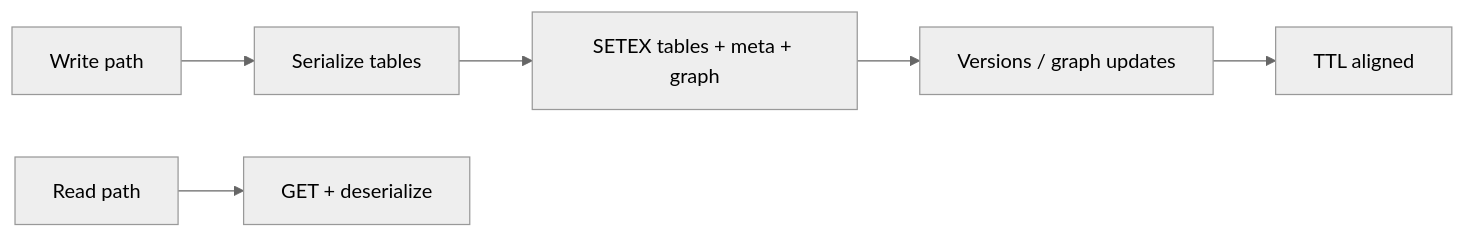
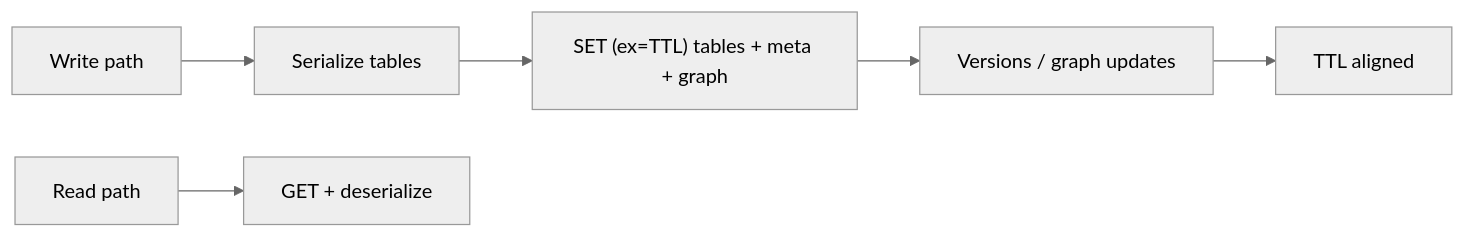
Before and after one commit to shivansh-2003/Data-Assistant: the diagram in redis_db/README.md, drawn with Mermaid (neutral theme). The commit also changed other lines of this file and 20 other files, not shown here.

````diff
--- a/redis_db/README.md
+++ b/redis_db/README.md
@@ -23,8 +39,8 @@
 ```mermaid
 flowchart LR
     A[Write path] --> B[Serialize tables]
-    B --> C[SETEX tables + meta + graph]
+    B --> C["SET (ex=TTL) tables + meta + graph"]
     C --> D[Versions / graph updates]
     D --> E[TTL aligned]
     F[Read path] --> G[GET + deserialize]
 ```
````
